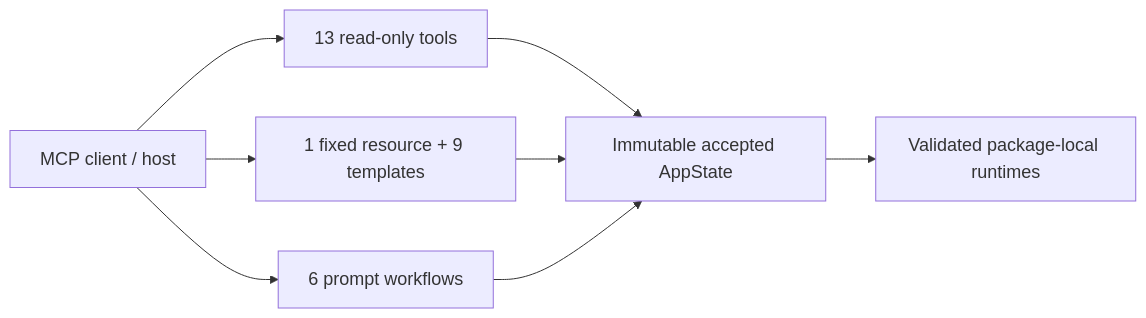
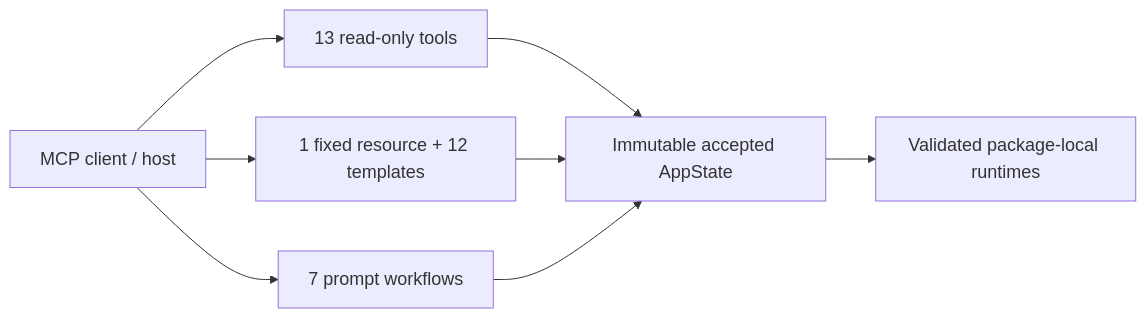
The diagram in docs/reference/index.md (IDinsight/KGForEdGlobalMCP), drawn with Mermaid before and after one commit. The commit also changed other lines of this file and 2 other files, not shown here.

Commit message:
docs: document the multigrade prompt and learning component resources

````diff
--- a/docs/reference/index.md
+++ b/docs/reference/index.md
@@ -22,11 +22,11 @@
 ```mermaid
 %%{init: {"themeVariables": {"fontSize": "18px"}}}%%
 flowchart LR
     CLIENT[MCP client / host] --> TOOLS[13 read-only tools]
-    CLIENT --> RES[1 fixed resource + 9 templates]
-    CLIENT --> PROMPTS[6 prompt workflows]
+    CLIENT --> RES[1 fixed resource + 12 templates]
+    CLIENT --> PROMPTS[7 prompt workflows]
     TOOLS --> STATE[Immutable accepted AppState]
     RES --> STATE
     PROMPTS --> STATE
     STATE --> PKG[Validated package-local runtimes]
 ```
````
